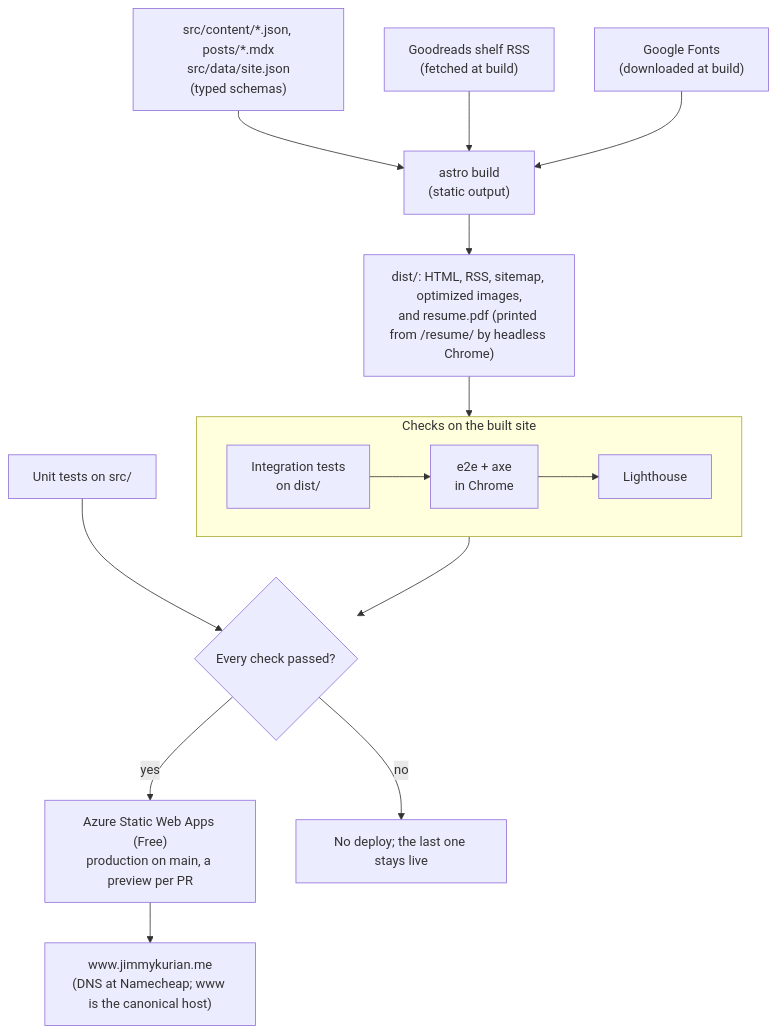
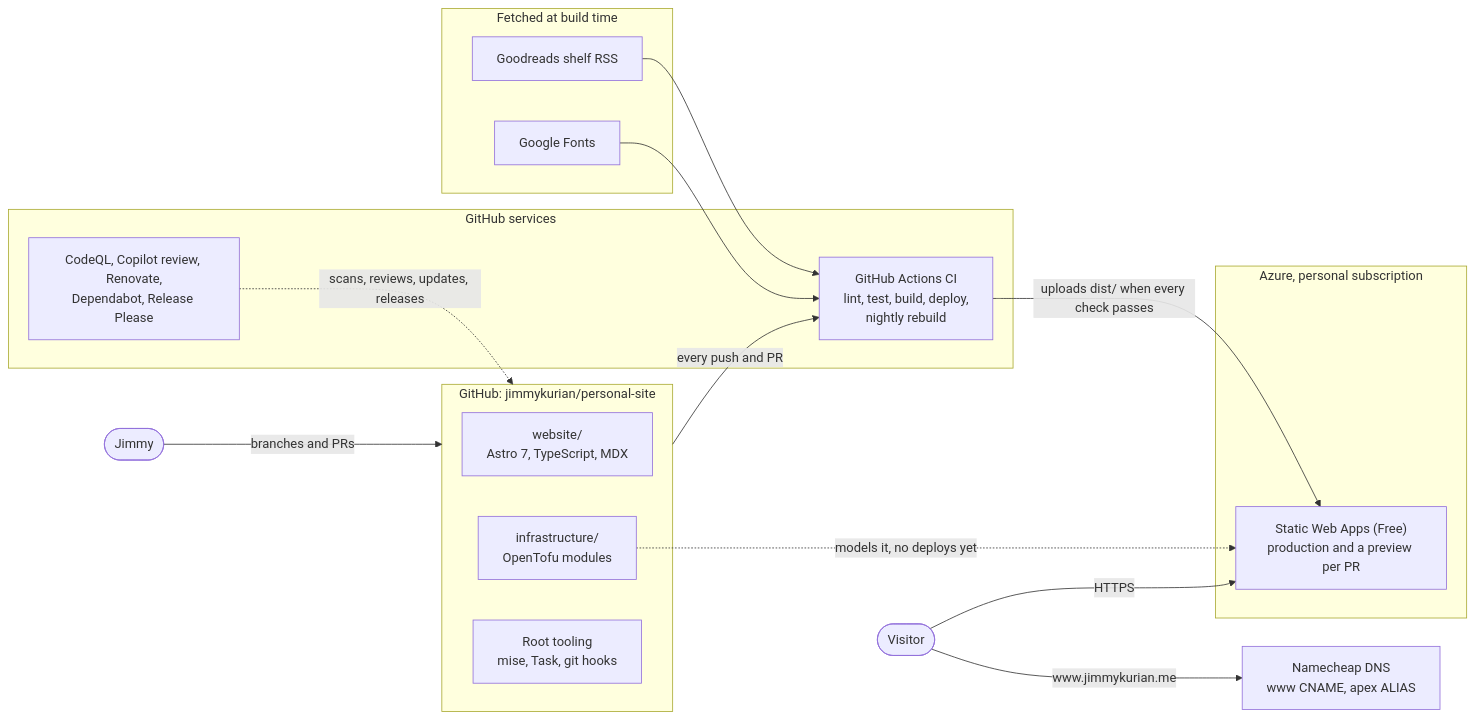
One commit to jimmykurian/personal-site changed the diagram in README.md. Above: the diagram before and after it, drawn with Mermaid. The commit also changed other lines of this file and 5 other files, not shown here.

First line of the commit message:
docs: keep one system overview in the README, and move the other diagrams to docs/architecture/

````diff
--- a/README.md
+++ b/README.md
@@ -67,23 +67,36 @@
 ```mermaid
-flowchart TD
-    content["src/content/*.json, posts/*.mdx<br/>src/data/site.json<br/>(typed schemas)"]
-    goodreads["Goodreads shelf RSS<br/>(fetched at build)"]
-    fonts["Google Fonts<br/>(downloaded at build)"]
-    unit["Unit tests on src/"]
-    build["astro build<br/>(static output)"]
-    dist["dist/: HTML, RSS, sitemap, optimized images,<br/>and resume.pdf (printed from /resume/ by headless Chrome)"]
+flowchart LR
+    jimmy(["Jimmy"])
+    visitor(["Visitor"])
 
-    subgraph checks["Checks on the built site"]
-        direction LR
-        integration["Integration tests<br/>on dist/"] --> e2e["e2e + axe<br/>in Chrome"] --> lighthouse["Lighthouse"]
+    subgraph repo["GitHub: jimmykurian/personal-site"]
+        website["website/<br/>Astro 7, TypeScript, MDX"]
+        infra["infrastructure/<br/>OpenTofu modules"]
+        tooling["Root tooling<br/>mise, Task, git hooks"]
     end
 
-    swa["Azure Static Web Apps (Free)<br/>production on main, a preview per PR"]
-    www["www.jimmykurian.me<br/>(DNS at Namecheap; www is the canonical host)"]
+    subgraph github["GitHub services"]
+        ci["GitHub Actions CI<br/>lint, test, build, deploy,<br/>nightly rebuild"]
+        bots["CodeQL, Copilot review, Renovate,<br/>Dependabot, Release Please"]
+    end
 
-    content & goodreads & fonts --> build --> dist --> checks
-    unit --> deploy{"Every check passed?"}
-    checks --> deploy
-    deploy -- yes --> swa --> www
-    deploy -- no --> stop["No deploy; the last one stays live"]
+    subgraph inputs["Fetched at build time"]
+        goodreads["Goodreads shelf RSS"]
+        fonts["Google Fonts"]
+    end
+
+    subgraph azure["Azure, personal subscription"]
+        swa["Static Web Apps (Free)<br/>production and a preview per PR"]
+    end
+
+    dns["Namecheap DNS<br/>www CNAME, apex ALIAS"]
+
+    jimmy -- "branches and PRs" --> repo
+    repo -- "every push and PR" --> ci
+    bots -. "scans, reviews, updates, releases" .-> repo
+    goodreads & fonts --> ci
+    ci -- "uploads dist/ when every check passes" --> swa
+    infra -. "models it, no deploys yet" .-> swa
+    visitor -- "www.jimmykurian.me" --> dns
+    visitor -- "HTTPS" --> swa
 ```
````
